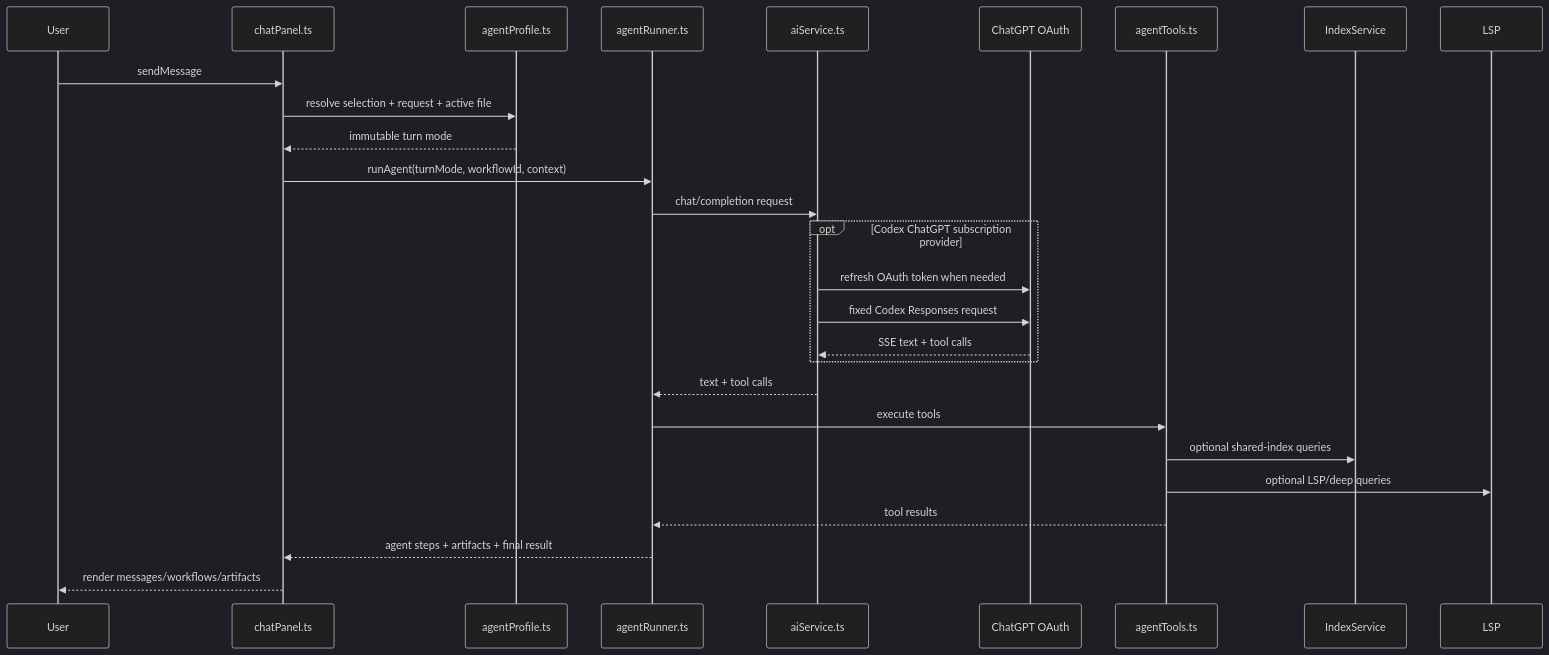
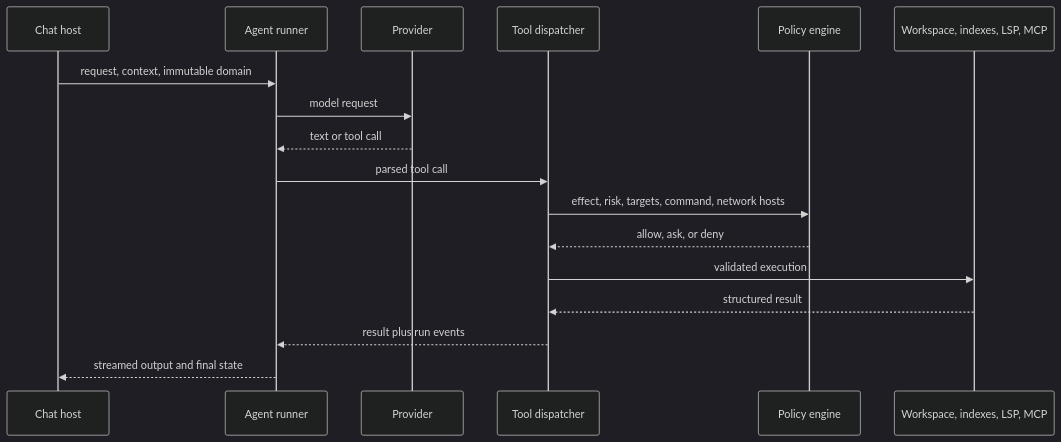
One commit to Aa728848/cwtools-vscode changed the fifth of 12 diagrams in ARCHITECTURE.md. Above: the diagram before and after it, drawn with Mermaid (dark theme). The commit also changed other lines of this file and 10 other files, not shown here.

````diff
--- a/ARCHITECTURE.md
+++ b/ARCHITECTURE.md
@@ -167,30 +147,20 @@
 ```mermaid
 sequenceDiagram
-    participant User as User
-    participant Chat as chatPanel.ts
-    participant Profile as agentProfile.ts
-    participant Runner as agentRunner.ts
-    participant Service as aiService.ts
-    participant OAuth as ChatGPT OAuth
-    participant Tools as agentTools.ts
-    participant Index as IndexService
-    participant LSP as LSP
+    participant C as Chat host
+    participant R as Agent runner
+    participant P as Provider
+    participant T as Tool dispatcher
+    participant G as Policy engine
+    participant S as Workspace, indexes, LSP, MCP
 
-    User->>Chat: sendMessage
-    Chat->>Profile: resolve selection + request + active file
-    Profile-->>Chat: immutable turn mode
-    Chat->>Runner: runAgent(turnMode, workflowId, context)
-    Runner->>Service: chat/completion request
-    opt Codex ChatGPT subscription provider
-        Service->>OAuth: refresh OAuth token when needed
-        Service->>OAuth: fixed Codex Responses request
-        OAuth-->>Service: SSE text + tool calls
-    end
-    Service-->>Runner: text + tool calls
-    Runner->>Tools: execute tools
-    Tools->>Index: optional shared-index queries
-    Tools->>LSP: optional LSP/deep queries
-    Tools-->>Runner: tool results
-    Runner-->>Chat: agent steps + artifacts + final result
-    Chat-->>User: render messages/workflows/artifacts
+    C->>R: request, context, immutable domain
+    R->>P: model request
+    P-->>R: text or tool call
+    R->>T: parsed tool call
+    T->>G: effect, risk, targets, command, network hosts
+    G-->>T: allow, ask, or deny
+    T->>S: validated execution
+    S-->>T: structured result
+    T-->>R: result plus run events
+    R-->>C: streamed output and final state
 ```
````
